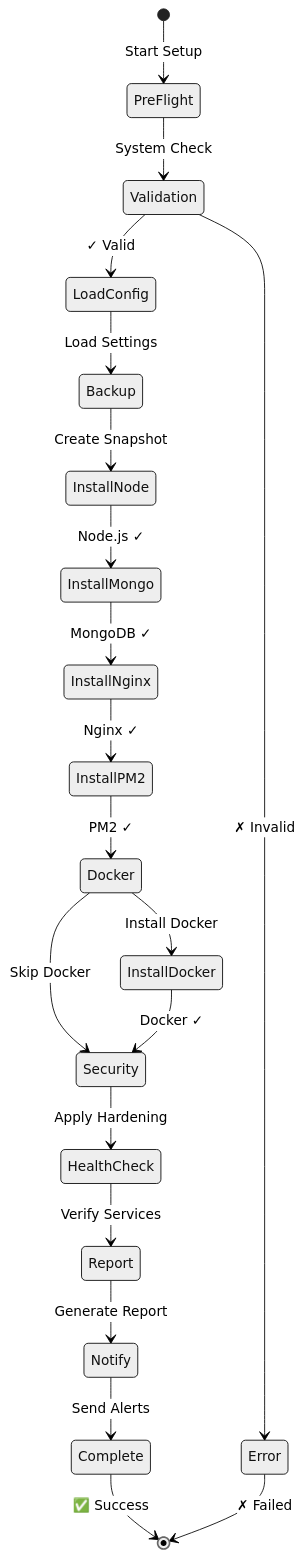
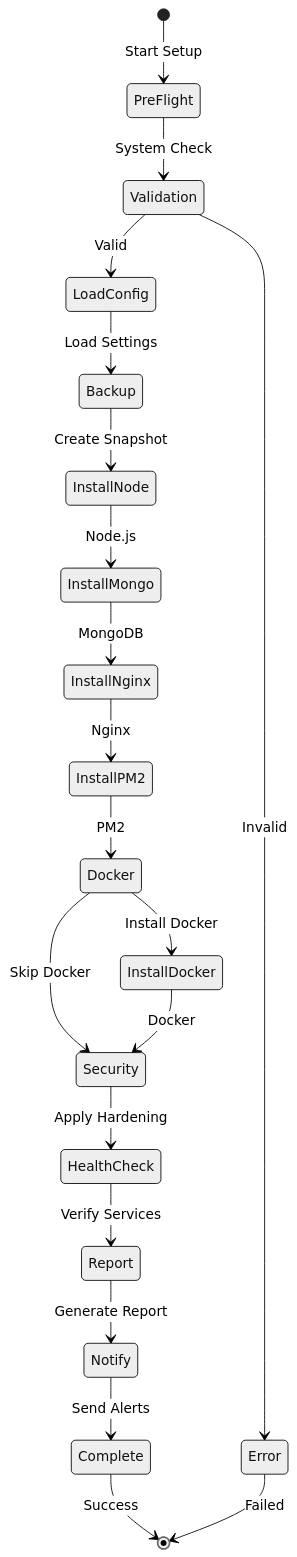
Before and after one commit to naveed-gung/Auto-Server-Script: the sixth of 7 diagrams in README.md, drawn with Mermaid (neutral theme). The commit also changed other lines of this file and 1 other file, not shown here.

Commit message:
Create SVG logo, remove all emojis from README, and add logo to README header

````diff
--- a/README.md
+++ b/README.md
@@ -1272,28 +1236,28 @@
 ```mermaid
 stateDiagram-v2
-    [*] --> PreFlight: Start Setup
-    
-    PreFlight --> Validation: System Check
-    Validation --> LoadConfig: ✓ Valid
-    Validation --> Error: ✗ Invalid
-    
-    LoadConfig --> Backup: Load Settings
-    Backup --> InstallNode: Create Snapshot
-    
-    InstallNode --> InstallMongo: Node.js ✓
-    InstallMongo --> InstallNginx: MongoDB ✓
-    InstallNginx --> InstallPM2: Nginx ✓
-    InstallPM2 --> Docker: PM2 ✓
-    
-    Docker --> Security: Skip Docker
-    Docker --> InstallDocker: Install Docker
-    InstallDocker --> Security: Docker ✓
-    
-    Security --> HealthCheck: Apply Hardening
-    HealthCheck --> Report: Verify Services
-    Report --> Notify: Generate Report
-    Notify --> Complete: Send Alerts
-    
-    Complete --> [*]: ✅ Success
-    Error --> [*]: ✗ Failed
+[*] --> PreFlight: Start Setup
+
+PreFlight --> Validation: System Check
+Validation --> LoadConfig: Valid
+Validation --> Error: Invalid
+
+LoadConfig --> Backup: Load Settings
+Backup --> InstallNode: Create Snapshot
+
+InstallNode --> InstallMongo: Node.js 
+InstallMongo --> InstallNginx: MongoDB 
+InstallNginx --> InstallPM2: Nginx 
+InstallPM2 --> Docker: PM2 
+
+Docker --> Security: Skip Docker
+Docker --> InstallDocker: Install Docker
+InstallDocker --> Security: Docker 
+
+Security --> HealthCheck: Apply Hardening
+HealthCheck --> Report: Verify Services
+Report --> Notify: Generate Report
+Notify --> Complete: Send Alerts
+
+Complete --> [*]: Success
+Error --> [*]: Failed
 ```
````
